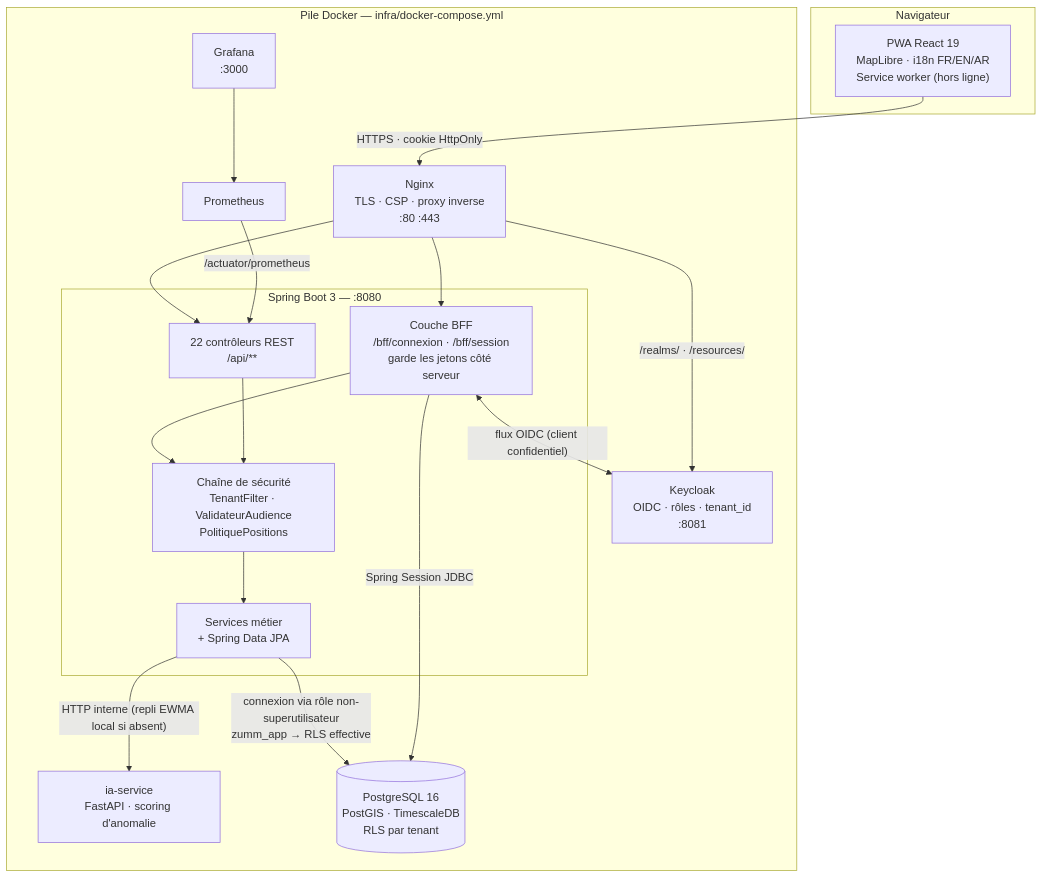
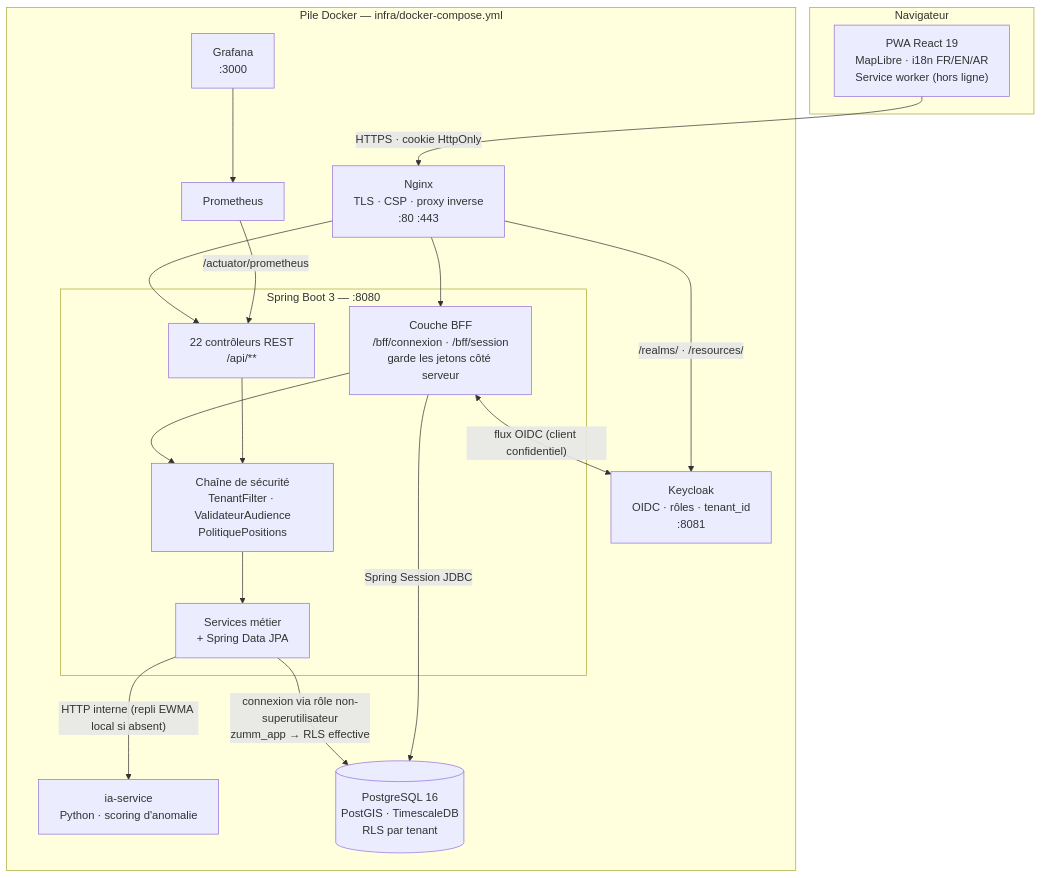
The diagram in README.md (iyednefzi99/Z-mm), drawn with Mermaid before and after one commit. The commit also changed other lines of this file, not shown here.

````diff
--- a/README.md
+++ b/README.md
@@ -99,38 +99,38 @@
 ```mermaid
 flowchart TB
     subgraph nav["Navigateur"]
         PWA["PWA React 19<br/>MapLibre · i18n FR/EN/AR<br/>Service worker (hors ligne)"]
     end
 
     PWA -- "HTTPS · cookie HttpOnly" --> NGINX
 
     subgraph docker["Pile Docker — infra/docker-compose.yml"]
         NGINX["Nginx<br/>TLS · CSP · proxy inverse<br/>:80 :443"]
 
         subgraph api["Spring Boot 3 — :8080"]
             BFF["Couche BFF<br/>/bff/connexion · /bff/session<br/>garde les jetons côté serveur"]
             SEC["Chaîne de sécurité<br/>TenantFilter · ValidateurAudience<br/>PolitiquePositions"]
             REST["22 contrôleurs REST<br/>/api/**"]
             METIER["Services métier<br/>+ Spring Data JPA"]
         end
 
         KC["Keycloak<br/>OIDC · rôles · tenant_id<br/>:8081"]
-        IA["ia-service<br/>FastAPI · scoring d'anomalie"]
+        IA["ia-service<br/>Python · scoring d'anomalie"]
         PG[("PostgreSQL 16<br/>PostGIS · TimescaleDB<br/>RLS par tenant")]
         PROM["Prometheus"]
         GRAF["Grafana<br/>:3000"]
     end
 
     NGINX --> BFF
     NGINX --> REST
     NGINX -- "/realms/ · /resources/" --> KC
     BFF <-- "flux OIDC (client confidentiel)" --> KC
     BFF --> SEC
     REST --> SEC
     SEC --> METIER
     METIER -- "connexion via rôle non-superutilisateur<br/>zumm_app → RLS effective" --> PG
     METIER -- "HTTP interne (repli EWMA local si absent)" --> IA
     BFF -- "Spring Session JDBC" --> PG
     PROM -- "/actuator/prometheus" --> REST
     GRAF --> PROM
 ```
````
